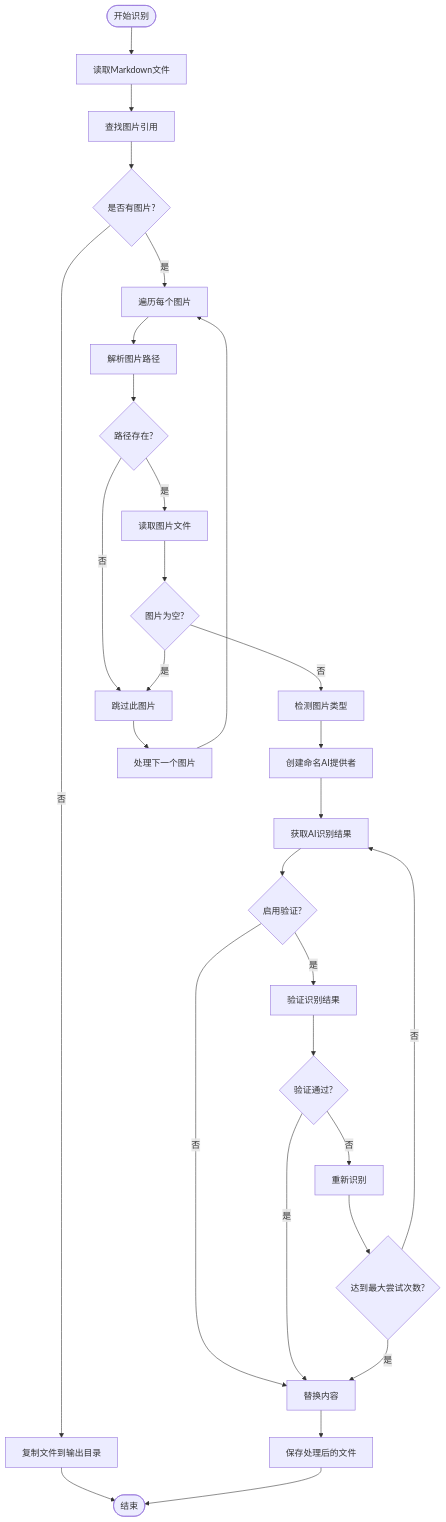
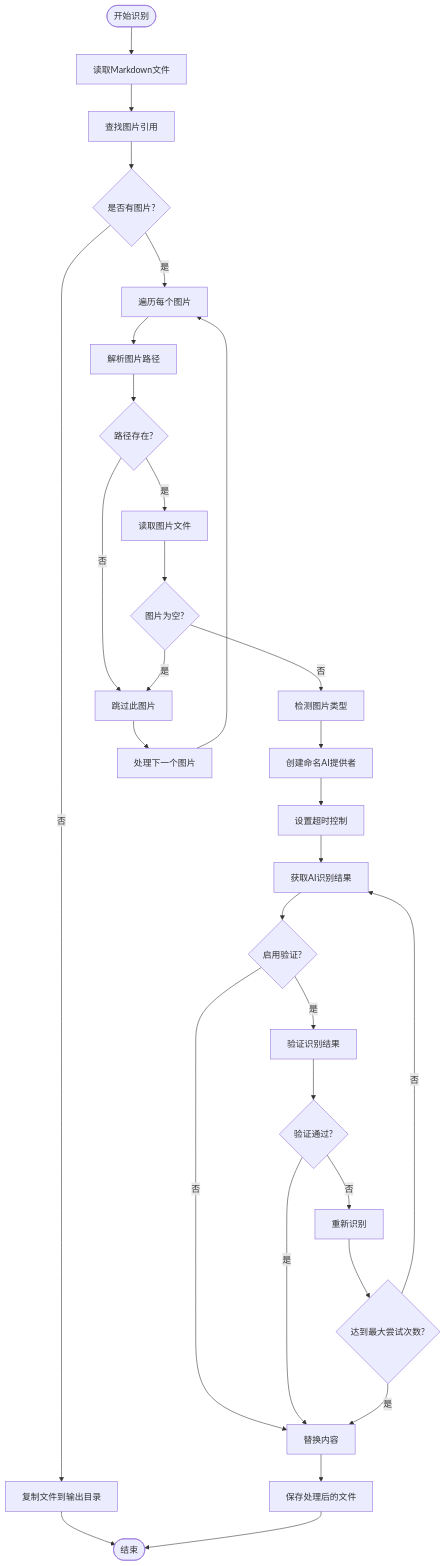
One commit to hllshiro/doc2md-cli changed the fourth of 8 diagrams in .qoder/repowiki/zh/content/转换模块详解/AI图像识别模块.md. Above: the diagram before and after it, drawn with Mermaid. The commit also changed other lines of this file and 4 other files, not shown here.

First line of the commit message:
feat(utils): 新增AI图片识别超时配置和控制功能

````diff
--- a/.qoder/repowiki/zh/content/转换模块详解/AI图像识别模块.md
+++ b/.qoder/repowiki/zh/content/转换模块详解/AI图像识别模块.md
@@ -168,31 +214,32 @@
 ```mermaid
 flowchart TD
 Start([开始识别]) --> LoadMD["读取Markdown文件"]
 LoadMD --> FindImages["查找图片引用"]
 FindImages --> HasImages{"是否有图片?"}
 HasImages --> |否| CopyFile["复制文件到输出目录"]
 HasImages --> |是| LoopImages["遍历每个图片"]
 LoopImages --> ResolvePath["解析图片路径"]
 ResolvePath --> PathExists{"路径存在?"}
 PathExists --> |否| SkipImage["跳过此图片"]
 PathExists --> |是| ReadImage["读取图片文件"]
 ReadImage --> ImageEmpty{"图片为空?"}
 ImageEmpty --> |是| SkipImage
 ImageEmpty --> |否| DetectType["检测图片类型"]
 DetectType --> CreateProvider["创建命名AI提供者"]
-CreateProvider --> GetResult["获取AI识别结果"]
+CreateProvider --> SetTimeout["设置超时控制"]
+SetTimeout --> GetResult["获取AI识别结果"]
 GetResult --> Validation{"启用验证?"}
 Validation --> |是| Validate["验证识别结果"]
 Validation --> |否| ReplaceContent["替换内容"]
 Validate --> IsCorrect{"验证通过?"}
 IsCorrect --> |是| ReplaceContent
 IsCorrect --> |否| Retry["重新识别"]
 Retry --> MaxAttempts{"达到最大尝试次数?"}
 MaxAttempts --> |否| GetResult
 MaxAttempts --> |是| ReplaceContent
 ReplaceContent --> SaveFile["保存处理后的文件"]
 SkipImage --> NextImage["处理下一个图片"]
 CopyFile --> End([结束])
 SaveFile --> End
 NextImage --> LoopImages
 ```
````
